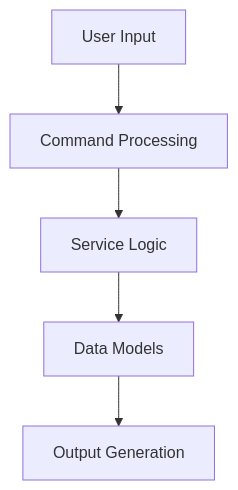
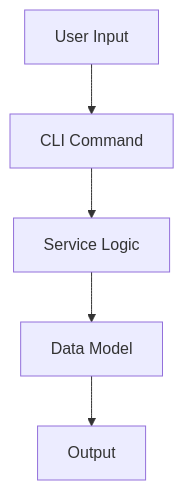
Before and after one commit to geogoesbeepboop/refiner: the third of 3 diagrams in docs/architecture.md, drawn with Mermaid. The commit also changed other lines of this file and 6 other files, not shown here.

````diff
--- a/docs/architecture.md
+++ b/docs/architecture.md
@@ -146,7 +144,7 @@
 ```mermaid
 graph TD;
-    A[User Input] --> B[Command Processing];
+    A[User Input] --> B[CLI Command];
     B --> C[Service Logic];
-    C --> D[Data Models];
-    D --> E[Output Generation];
+    C --> D[Data Model];
+    D --> E[Output];
 ```
````
